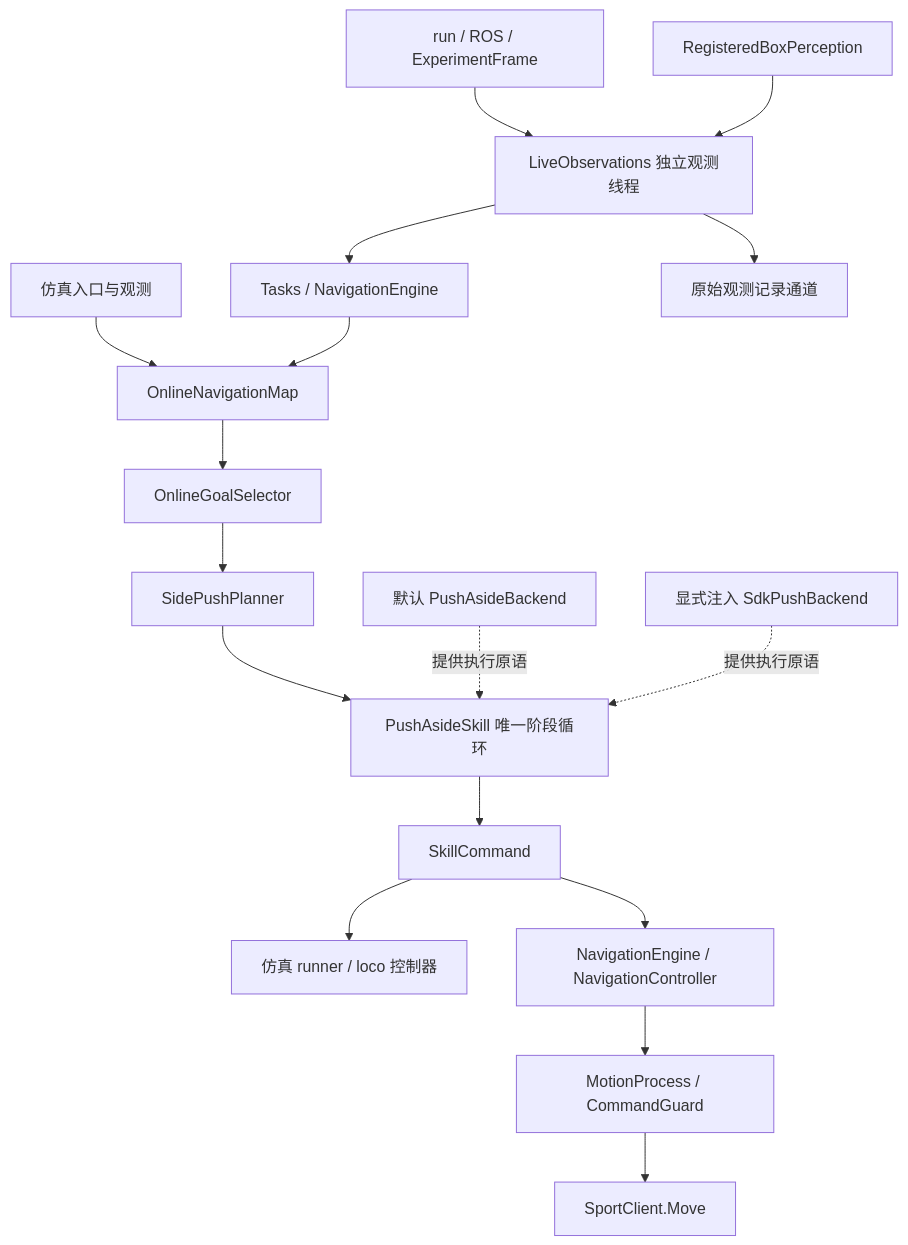
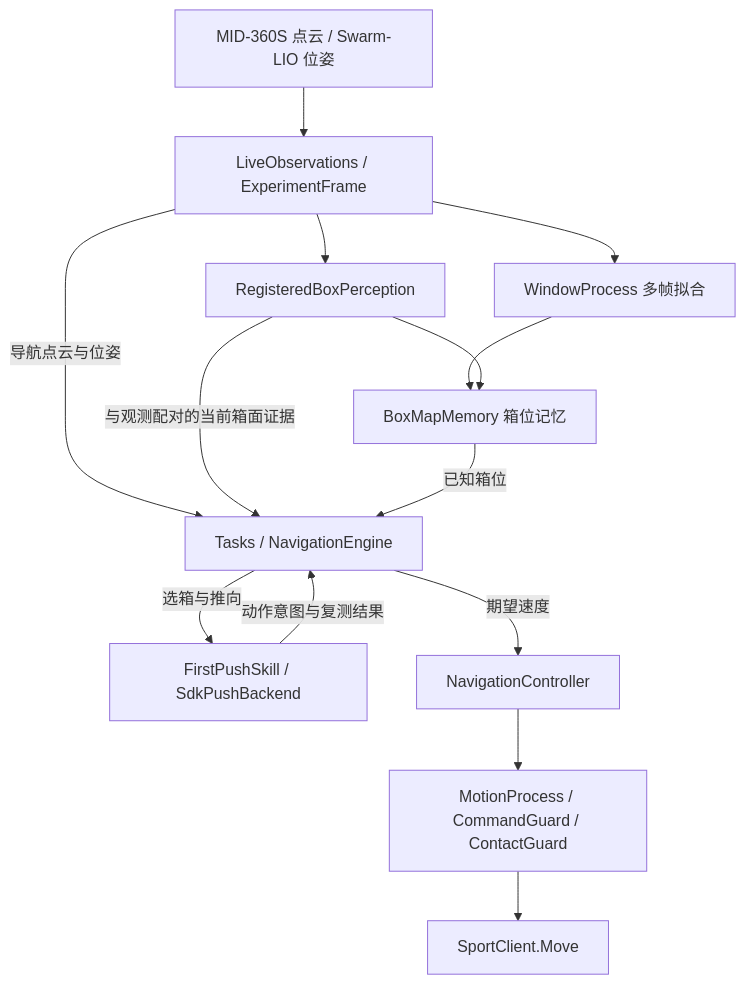
One commit to zkj623/inter-nav-project changed the diagram in ARCHITECTURE.md. Above: the diagram before and after it, drawn with Mermaid. The commit also changed other lines of this file and 50 other files, not shown here.

````diff
--- a/ARCHITECTURE.md
+++ b/ARCHITECTURE.md
@@ -22,19 +24,16 @@
 ```mermaid
 flowchart TD
-    SIM[仿真入口与观测] --> MAP[OnlineNavigationMap]
-    REAL[run / ROS / ExperimentFrame] --> FEED[LiveObservations 独立观测线程]
-    TRACK[RegisteredBoxPerception] --> FEED
-    FEED --> TASK[Tasks / NavigationEngine]
-    FEED --> RECORD[原始观测记录通道]
-    TASK --> MAP
-    MAP --> SELECT[OnlineGoalSelector]
-    SELECT --> PLAN[SidePushPlanner]
-    PLAN --> SKILL[PushAsideSkill 唯一阶段循环]
-    DEFAULT[默认 PushAsideBackend] -. 提供执行原语 .-> SKILL
-    SDK[显式注入 SdkPushBackend] -. 提供执行原语 .-> SKILL
-    SKILL --> INTENT[SkillCommand]
-    INTENT --> SIMOUT[仿真 runner / loco 控制器]
-    INTENT --> CONTROL[NavigationEngine / NavigationController]
-    CONTROL --> WRITER[MotionProcess / CommandGuard]
+    ROS[MID-360S 点云 / Swarm-LIO 位姿] --> OBS[LiveObservations / ExperimentFrame]
+    OBS -->|导航点云与位姿| ENG[Tasks / NavigationEngine]
+    OBS --> TRACK[RegisteredBoxPerception]
+    TRACK -->|与观测配对的当前箱面证据| ENG
+    OBS --> WIN[WindowProcess 多帧拟合]
+    WIN --> MEM[BoxMapMemory 箱位记忆]
+    TRACK --> MEM
+    MEM -->|已知箱位| ENG
+    ENG -->|选箱与推向| SKILL[FirstPushSkill / SdkPushBackend]
+    SKILL -->|动作意图与复测结果| ENG
+    ENG -->|期望速度| CTRL[NavigationController]
+    CTRL --> WRITER[MotionProcess / CommandGuard / ContactGuard]
     WRITER --> SPORT[SportClient.Move]
 ```
````
